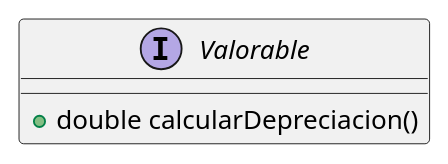
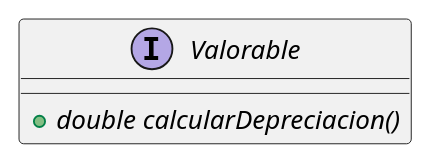
Before and after one commit to MsC254/UT5_ED_Prog: the diagram in uml/Valorable.puml, drawn with PlantUML. The commit also changed 12 other files, not shown here.

Commit message:
Actualización de diagramas UML y archivos .puml

```diff
--- a/uml/Valorable.puml
+++ b/uml/Valorable.puml
@@ -1,5 +1,5 @@
 @startuml
 interface Valorable {
-  + double calcularDepreciacion()
+    + {abstract} double calcularDepreciacion()
 }
 @enduml
```
